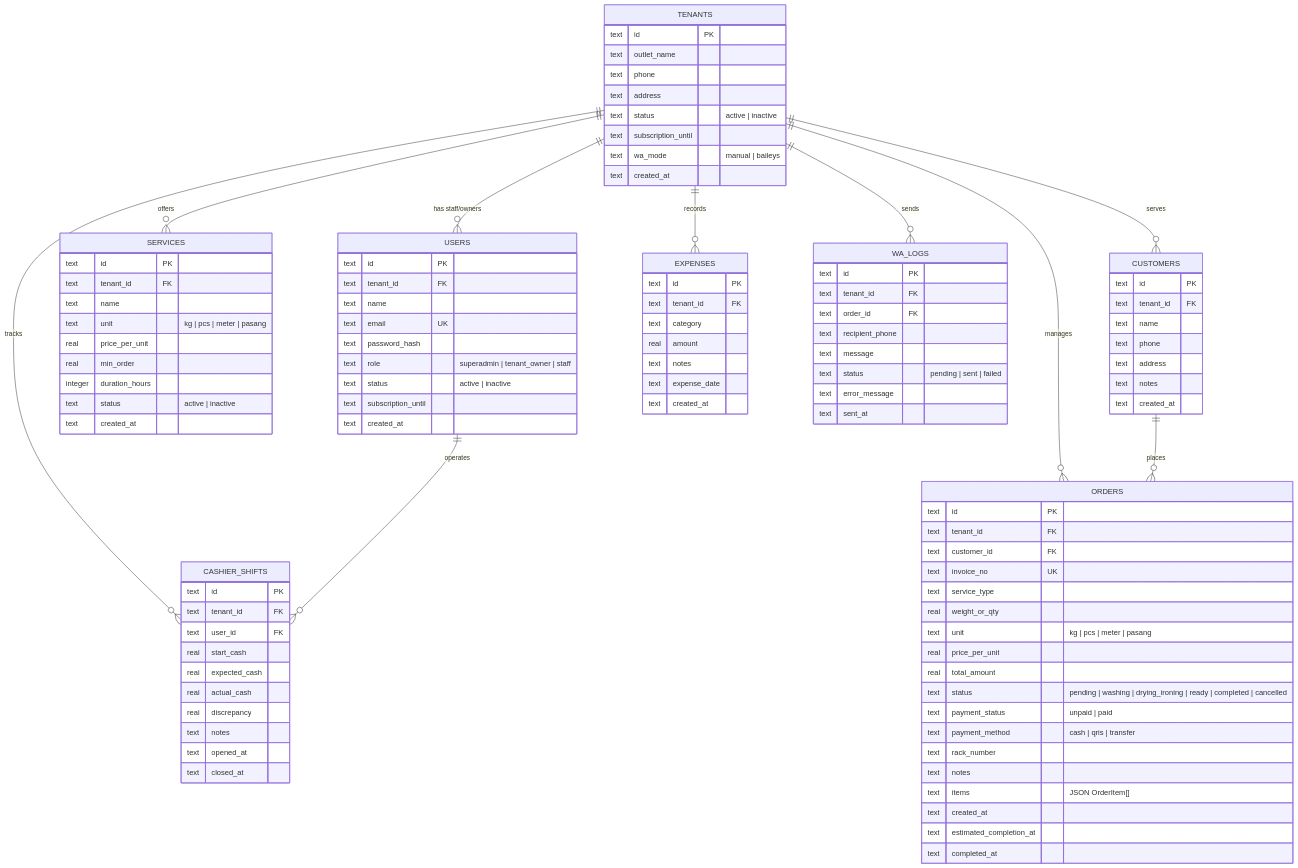
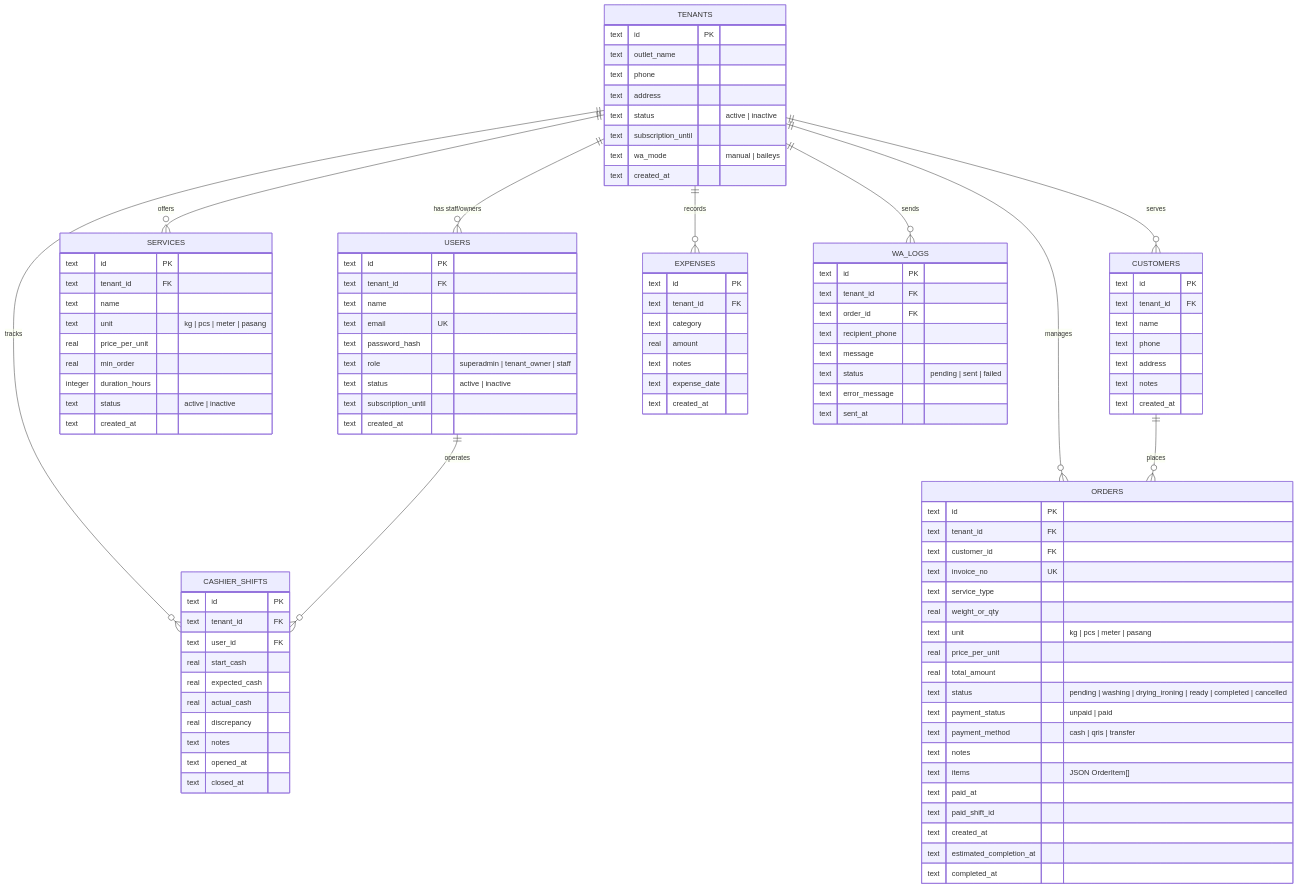
One commit to cleaniqueacademy/orchidbrand-smart-loundry changed the diagram in PRD.md. Above: the diagram before and after it, drawn with Mermaid. The commit also changed other lines of this file and 73 other files, not shown here.

Commit message:
feat: implement full-stack laundry management platform with multi-tenant architecture, subscription services, and WhatsApp gateway

```diff
--- a/PRD.md
+++ b/PRD.md
@@ -183,9 +184,10 @@
         text status "pending | washing | drying_ironing | ready | completed | cancelled"
         text payment_status "unpaid | paid"
         text payment_method "cash | qris | transfer"
-        text rack_number
         text notes
         text items "JSON OrderItem[]"
+        text paid_at
+        text paid_shift_id
         text created_at
         text estimated_completion_at
         text completed_at
```
